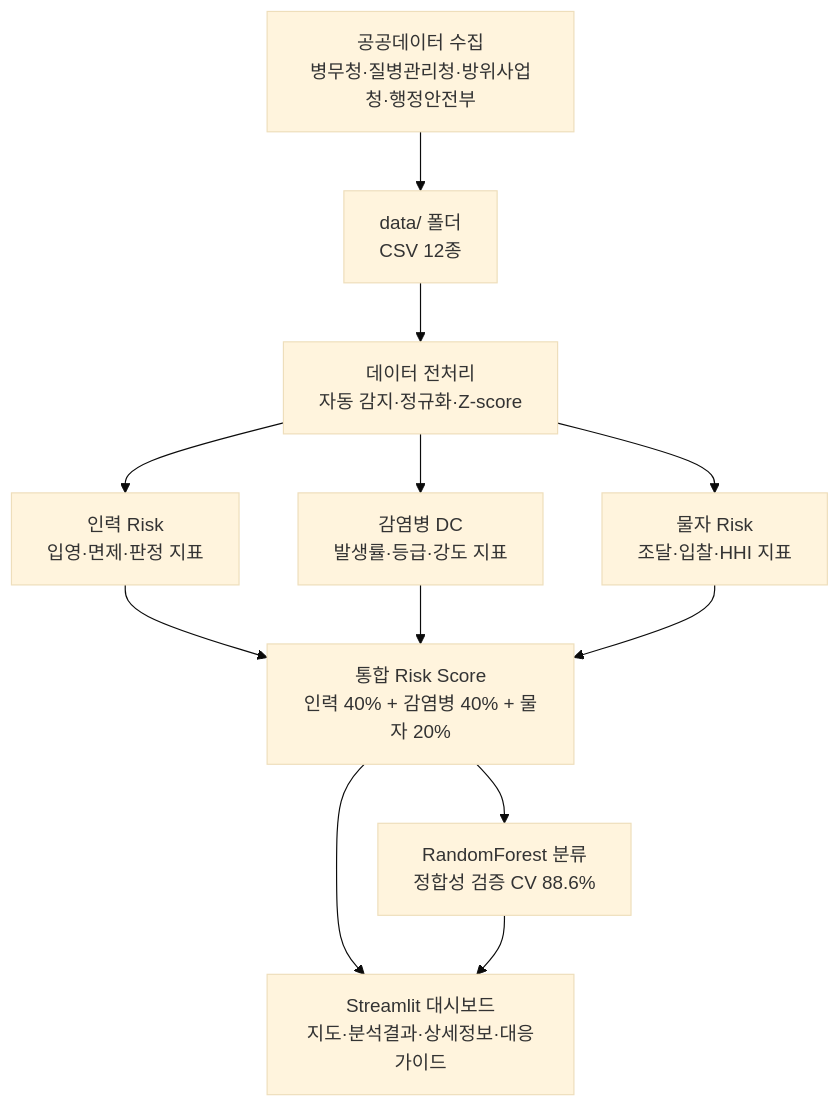
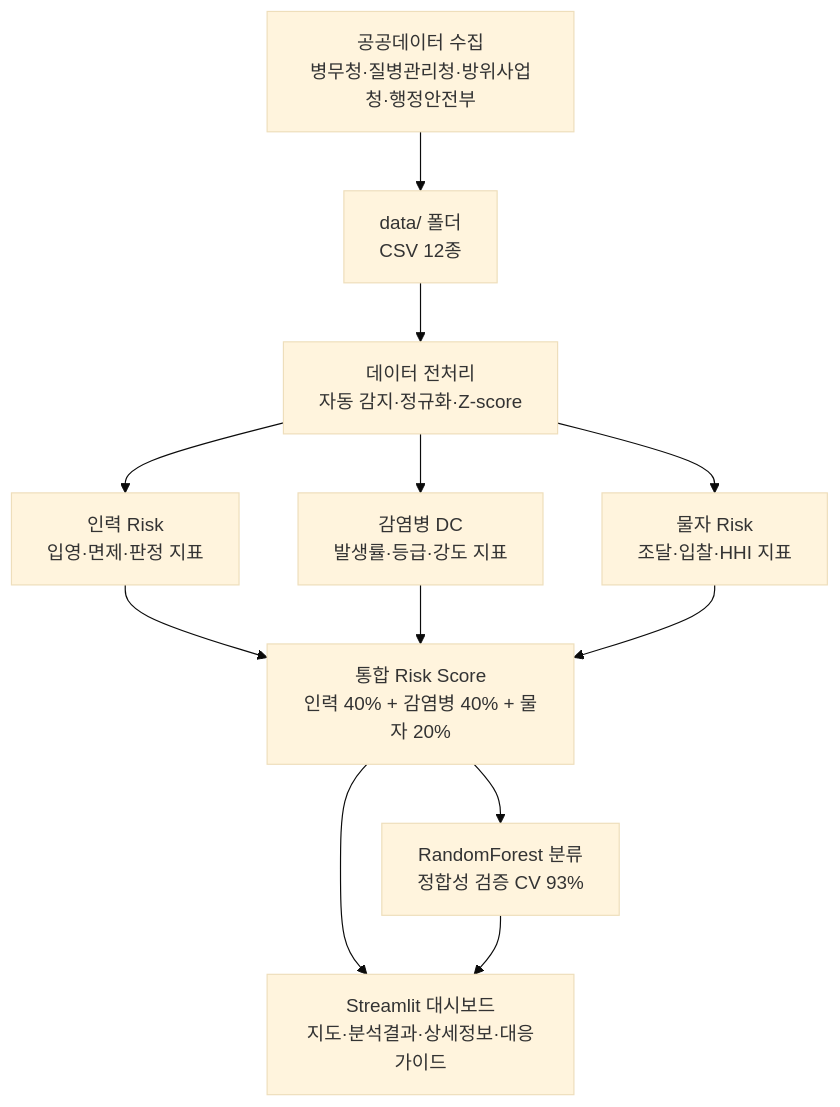
One commit to th0oel/26_Triguard changed the diagram in README.md. Above: the diagram before and after it, drawn with Mermaid (base theme).

Commit message:
docs: update ML consistency score from 88.6% to 93%

````diff
--- a/README.md
+++ b/README.md
@@ -22,14 +22,14 @@
 ```mermaid
 flowchart TD
     A[공공데이터 수집\n병무청·질병관리청·방위사업청·행정안전부] --> B[data/ 폴더\nCSV 12종]
     B --> C[데이터 전처리\n자동 감지·정규화·Z-score]
     C --> D1[인력 Risk\n입영·면제·판정 지표]
     C --> D2[감염병 DC\n발생률·등급·강도 지표]
     C --> D3[물자 Risk\n조달·입찰·HHI 지표]
     D1 --> E[통합 Risk Score\n인력 40% + 감염병 40% + 물자 20%]
     D2 --> E
     D3 --> E
-    E --> F[RandomForest 분류\n정합성 검증 CV 88.6%]
+    E --> F[RandomForest 분류\n정합성 검증 CV 93%]
     E --> G[Streamlit 대시보드\n지도·분석결과·상세정보·대응가이드]
     F --> G
 ```
````
